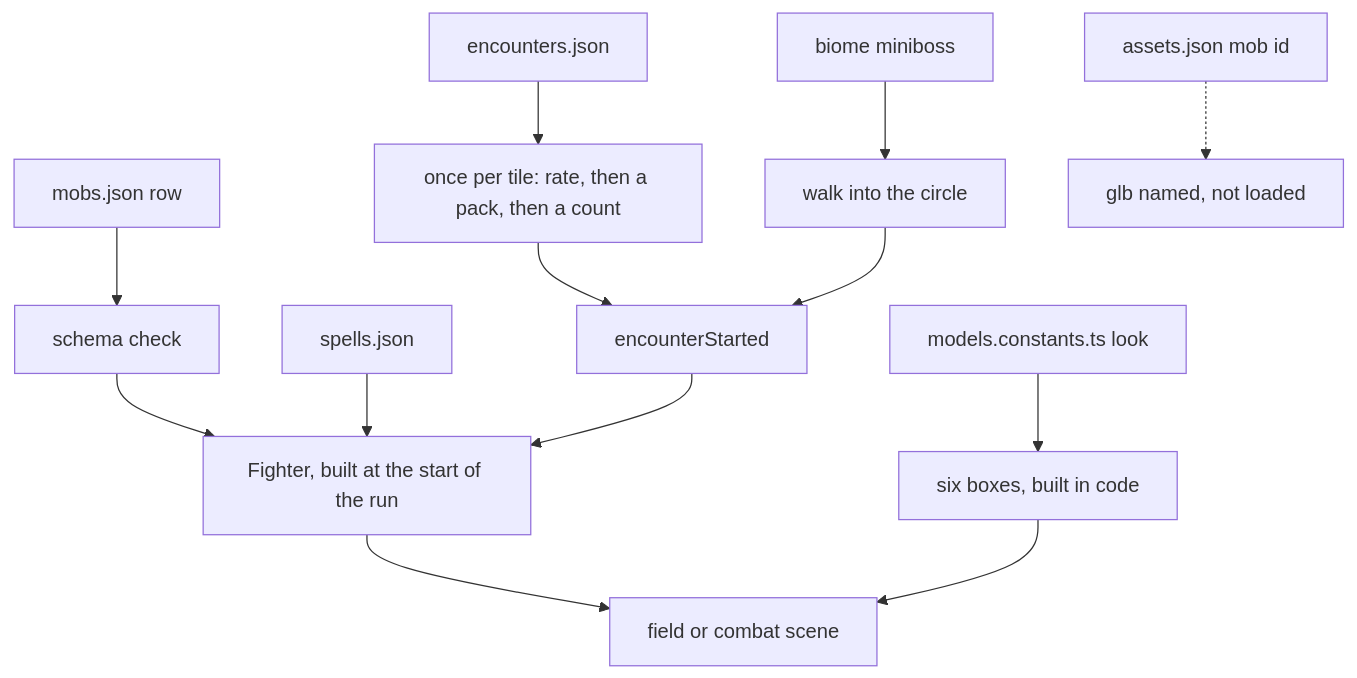
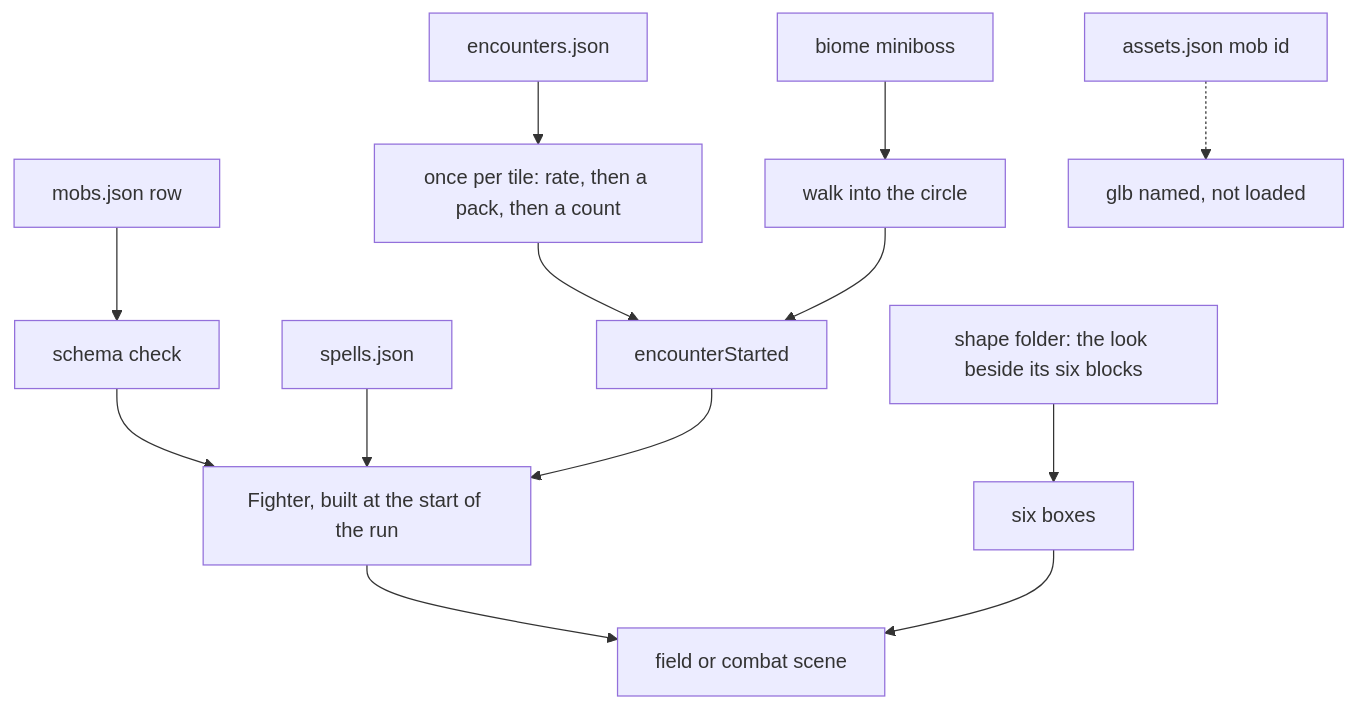
The diagram in docs/references/mobs.md (10kInteractive/roguelike_rpg), drawn with Mermaid before and after one commit. The commit also changed other lines of this file and 10 other files, not shown here.

Commit message:
refactor: colocate each shape with its looks

````diff
--- a/docs/references/mobs.md
+++ b/docs/references/mobs.md
@@ -7,15 +7,15 @@
 ```mermaid
 flowchart TD
   row["mobs.json row"] --> schema["schema check"]
   schema --> fighter["Fighter, built at the start of the run"]
   spells["spells.json"] --> fighter
   tables["encounters.json"] --> roll["once per tile: rate, then a pack, then a count"]
   roll --> encounter["encounterStarted"]
   biome["biome miniboss"] --> touch["walk into the circle"]
   touch --> encounter
   encounter --> fighter
-  look["models.constants.ts look"] --> boxes["six boxes, built in code"]
+  look["shape folder: the look beside its six blocks"] --> boxes["six boxes"]
   fighter --> scene["field or combat scene"]
   boxes --> scene
   manifest["assets.json mob id"] -.-> missing["glb named, not loaded"]
 ```
````
